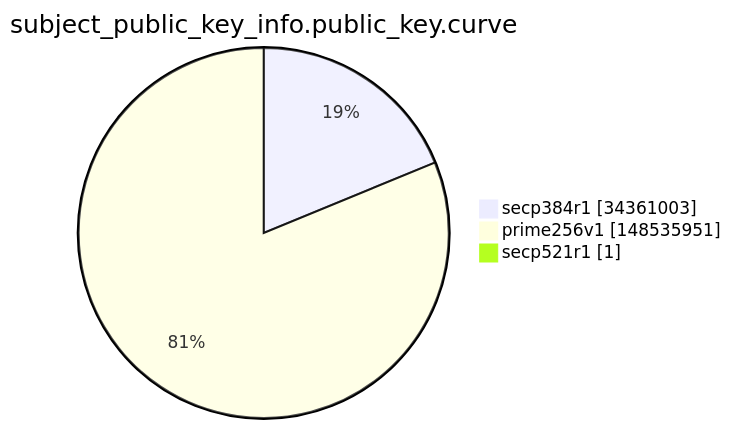
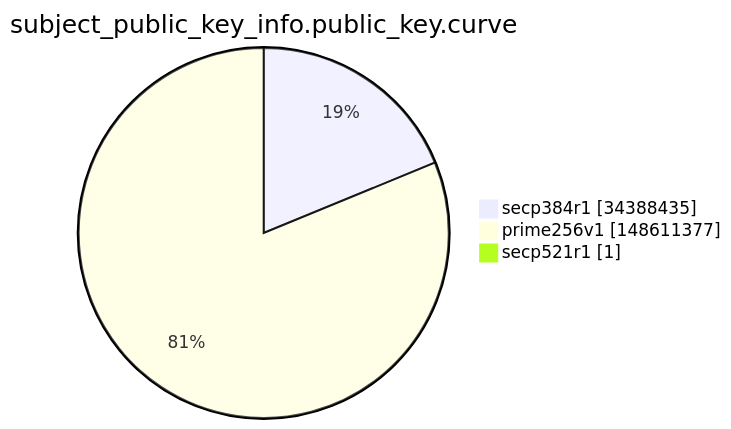
The ninth of 15 diagrams in argon2022/README.md (christiankrug/ctmonitor_visualization), drawn with Mermaid before and after one commit. The commit also changed other lines of this file, not shown here.

````diff
--- a/argon2022/README.md
+++ b/argon2022/README.md
@@ -2764,7 +2764,7 @@
 ```mermaid
 pie showData
 title subject_public_key_info.public_key.curve
-"secp384r1" :34361003
-"prime256v1" :148535951
+"secp384r1" :34388435
+"prime256v1" :148611377
 "secp521r1" :1
 ```
````
